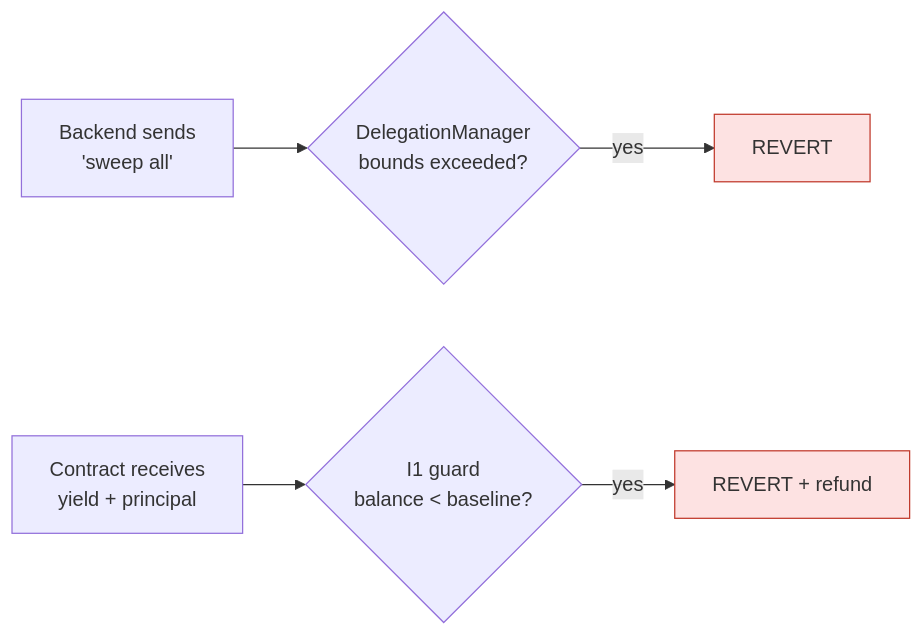
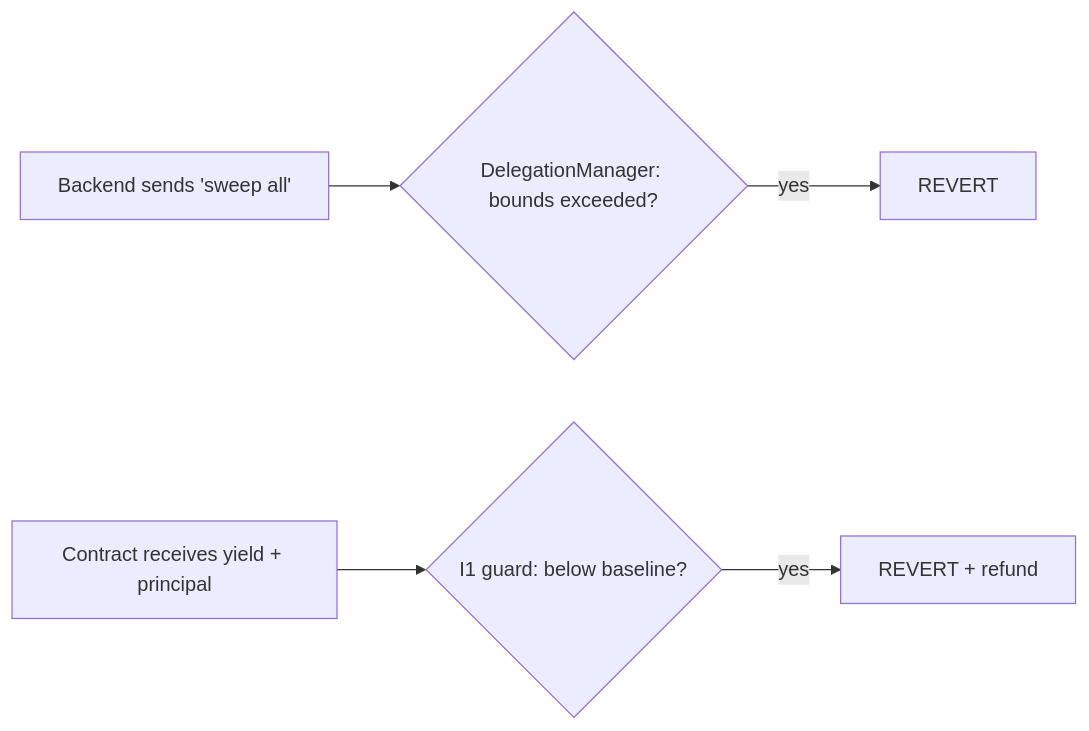
One commit to ClovaRepo/frontend changed the first of 2 diagrams in docs/README.md. Above: the diagram before and after it, drawn with Mermaid. The commit also changed other lines of this file and 8 other files, not shown here.

First line of the commit message:
docs: harden mermaid for GitBook renderer

````diff
--- a/docs/README.md
+++ b/docs/README.md
@@ -21,9 +21,7 @@
 ```mermaid
 flowchart LR
-  A1["Backend sends<br/>'sweep all'"] --> DM{"DelegationManager<br/>bounds exceeded?"}
-  DM -->|"yes"| R1["REVERT"]
-  A2["Contract receives<br/>yield + principal"] --> I1{"I1 guard<br/>balance < baseline?"}
-  I1 -->|"yes"| R2["REVERT + refund"]
-  style R1 fill:#fde2e2,stroke:#c0392b
-  style R2 fill:#fde2e2,stroke:#c0392b
+  A1["Backend sends 'sweep all'"] --> DM{"DelegationManager: bounds exceeded?"}
+  DM -->|yes| R1["REVERT"]
+  A2["Contract receives yield + principal"] --> I1{"I1 guard: below baseline?"}
+  I1 -->|yes| R2["REVERT + refund"]
 ```
````
